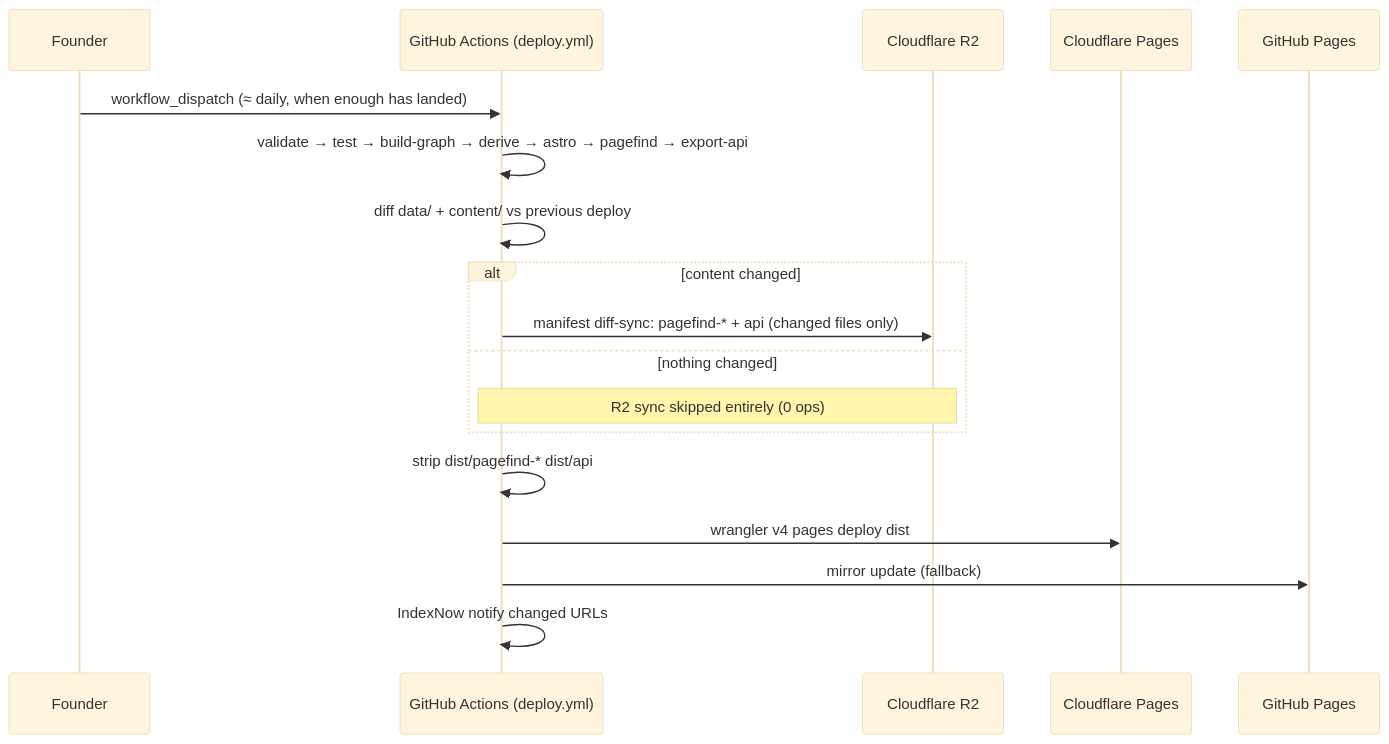
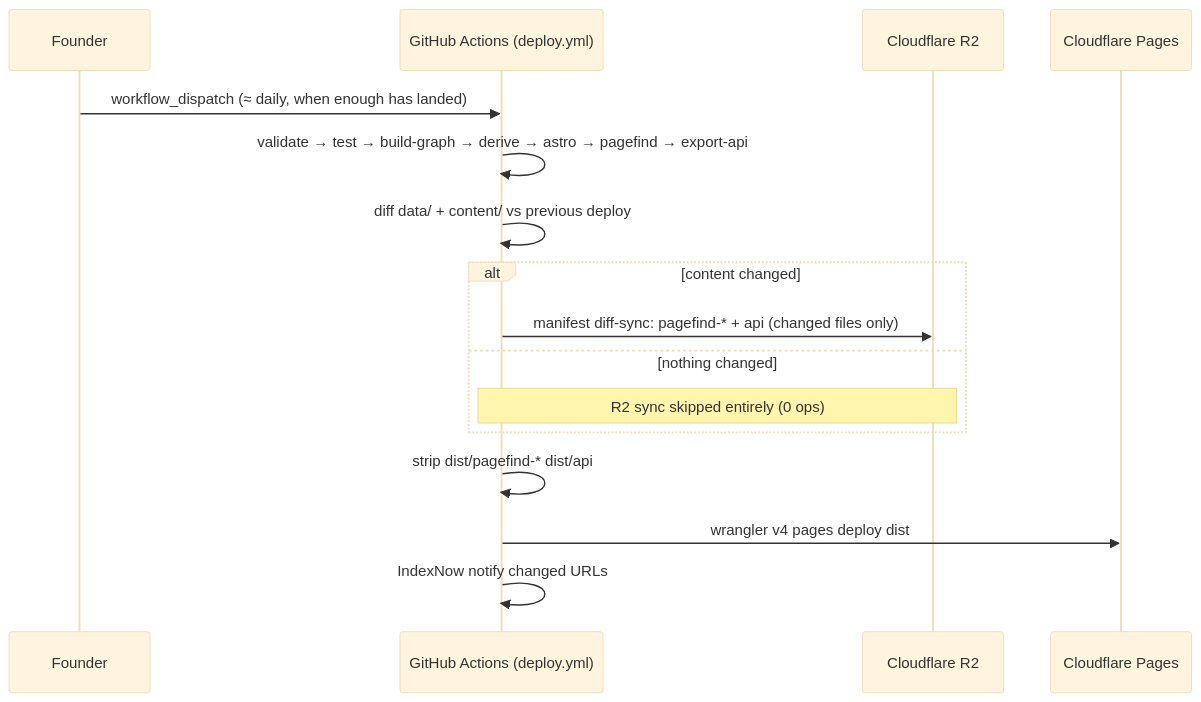
The diagram in docs/engineering/06-deployment.md (amado2k5/islam-museum), drawn with Mermaid (base theme) before and after one commit. The commit also changed other lines of this file and 12 other files, not shown here.

````diff
--- a/docs/engineering/06-deployment.md
+++ b/docs/engineering/06-deployment.md
@@ -28,21 +28,19 @@
 ```mermaid
 sequenceDiagram
     participant F as Founder
     participant GA as GitHub Actions (deploy.yml)
     participant R2 as Cloudflare R2
     participant CFP as Cloudflare Pages
-    participant GP as GitHub Pages
 
     F->>GA: workflow_dispatch (≈ daily, when enough has landed)
     GA->>GA: validate → test → build-graph → derive → astro → pagefind → export-api
     GA->>GA: diff data/ + content/ vs previous deploy
     alt content changed
         GA->>R2: manifest diff-sync: pagefind-* + api (changed files only)
     else nothing changed
         Note over GA,R2: R2 sync skipped entirely (0 ops)
     end
     GA->>GA: strip dist/pagefind-* dist/api
     GA->>CFP: wrangler v4 pages deploy dist
-    GA->>GP: mirror update (fallback)
     GA->>GA: IndexNow notify changed URLs
 ```
````
